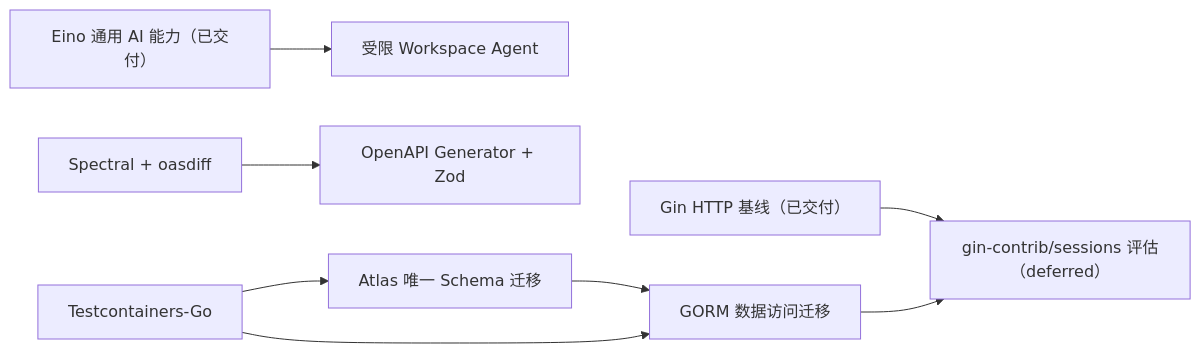
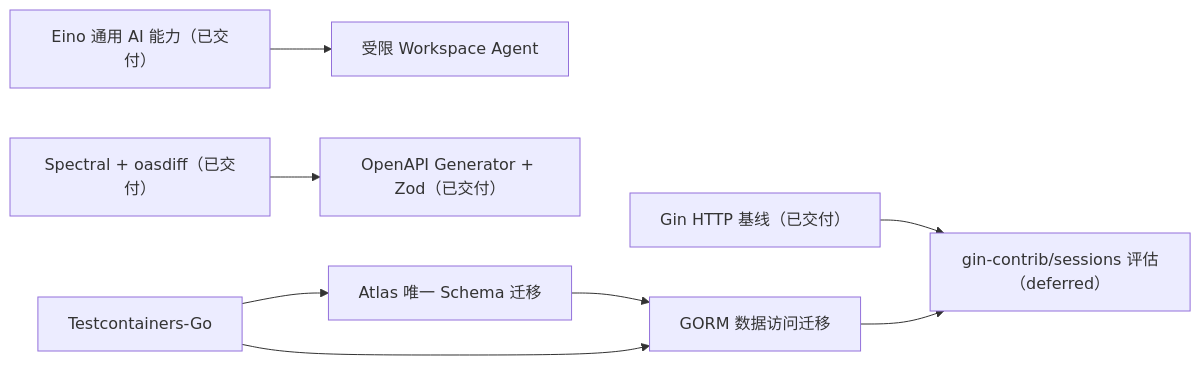
The diagram in docs/roadmap.md (CodeZen-Lizhi/zhixu), drawn with Mermaid before and after one commit. The commit also changed other lines of this file and 120 other files, not shown here.

````diff
--- a/docs/roadmap.md
+++ b/docs/roadmap.md
@@ -23,10 +23,10 @@
 ```mermaid
 flowchart LR
     Eino["Eino 通用 AI 能力（已交付）"] --> WorkspaceAgent["受限 Workspace Agent"]
-    Spectral["Spectral + oasdiff"] --> GeneratedClient["OpenAPI Generator + Zod"]
+    Spectral["Spectral + oasdiff（已交付）"] --> GeneratedClient["OpenAPI Generator + Zod（已交付）"]
     Testcontainers["Testcontainers-Go"] --> Atlas["Atlas 唯一 Schema 迁移"]
     Atlas --> GORM["GORM 数据访问迁移"]
     Testcontainers --> GORM
     Gin["Gin HTTP 基线（已交付）"] --> Sessions["gin-contrib/sessions 评估（deferred）"]
     GORM --> Sessions
 ```
````
